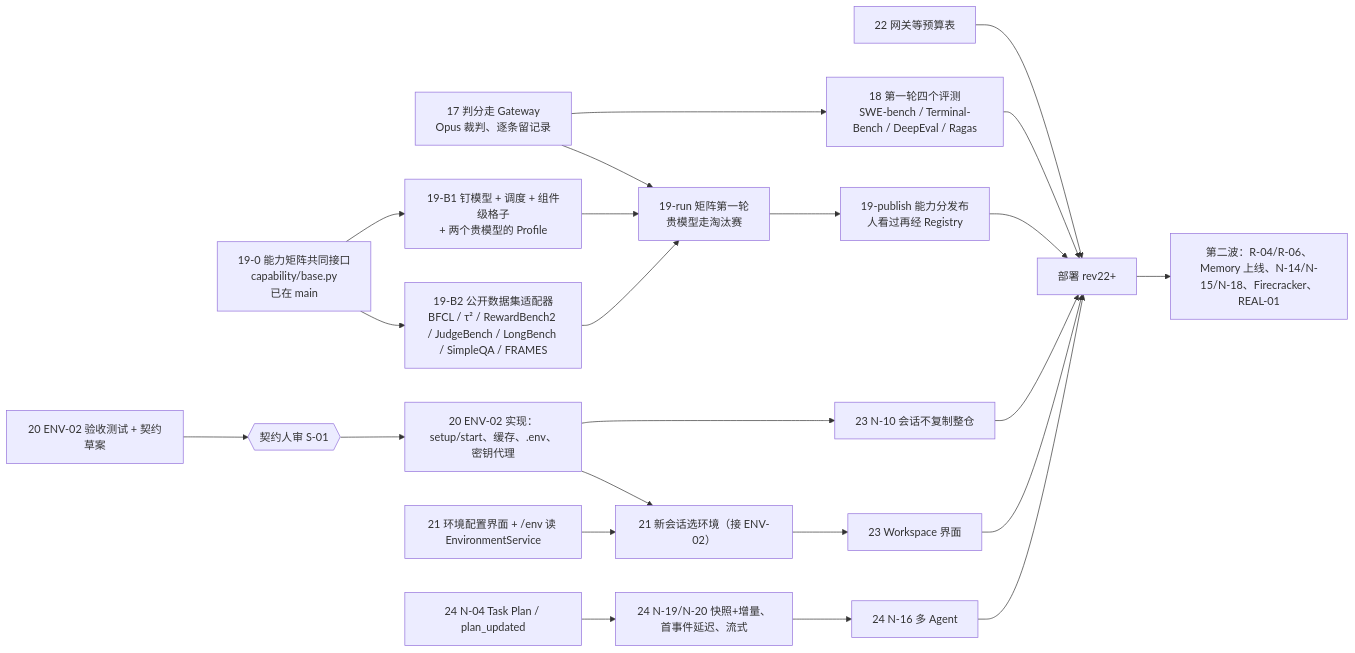
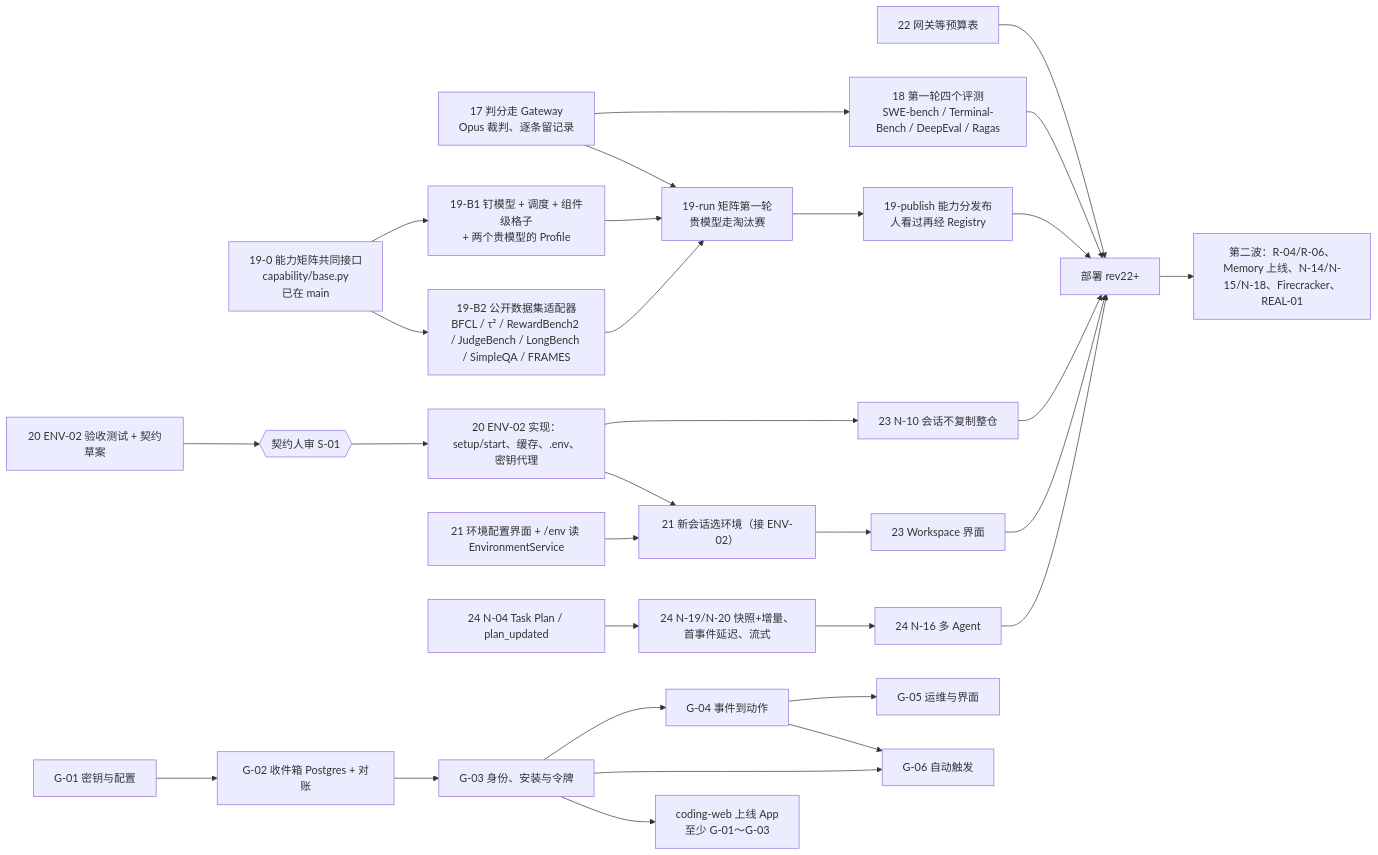
Before and after one commit to Hanwen-Jiang/agent-runtime: the diagram in docs/plan/work-dag-2026-11-03.md, drawn with Mermaid. The commit also changed other lines of this file, not shown here.

Commit message:
docs(work-dag): add the GitHub App lane G-01..G-06 and the eval decisions
G-01..G-06 live in coding-agent's docs/plan/github-app.md; the lane is not
assigned yet. Also notes that Memory goes live with LongMemEval_S for
retrieval (Ragas still scores, memory-rag stays as the smoke test) and that
the S-09..S-11 matrix cells wait on a human choice of adapted questions.

````diff
--- a/docs/plan/work-dag-2026-11-03.md
+++ b/docs/plan/work-dag-2026-11-03.md
@@ -22,35 +23,45 @@
 ```mermaid
 flowchart LR
   base[19-0 能力矩阵共同接口<br/>capability/base.py<br/>已在 main]
   t17[17 判分走 Gateway<br/>Opus 裁判、逐条留记录]
   t22[22 网关等预算表]
   t18[18 第一轮四个评测<br/>SWE-bench / Terminal-Bench / DeepEval / Ragas]
   b1[19-B1 钉模型 + 调度 + 组件级格子<br/>+ 两个贵模型的 Profile]
   b2[19-B2 公开数据集适配器<br/>BFCL / τ² / RewardBench2 / JudgeBench / LongBench / SimpleQA / FRAMES]
   b3[19-run 矩阵第一轮<br/>贵模型走淘汰赛]
   b4[19-publish 能力分发布<br/>人看过再经 Registry]
   c1[20 ENV-02 验收测试 + 契约草案]
   cr{{契约人审 S-01}}
   c2[20 ENV-02 实现：setup/start、缓存、.env、密钥代理]
   c3[23 N-10 会话不复制整仓]
   d1[21 环境配置界面 + /env 读 EnvironmentService]
   d2[21 新会话选环境（接 ENV-02）]
   d3[23 Workspace 界面]
   e1[24 N-04 Task Plan / plan_updated]
   e2[24 N-19/N-20 快照+增量、首事件延迟、流式]
   e3[24 N-16 多 Agent]
   dep[部署 rev22+]
   w2[第二波：R-04/R-06、Memory 上线、N-14/N-15/N-18、Firecracker、REAL-01]
+  g1[G-01 密钥与配置]
+  g2[G-02 收件箱 Postgres + 对账]
+  g3[G-03 身份、安装与令牌]
+  g4[G-04 事件到动作]
+  g5[G-05 运维与界面]
+  g6[G-06 自动触发]
+  gdep[coding-web 上线 App<br/>至少 G-01～G-03]
 
   base --> b1 & b2
   t17 --> t18
   t22 --> dep
   t17 --> b3
   b1 & b2 --> b3 --> b4 --> dep
   c1 --> cr --> c2 --> c3
   c2 --> d2
   d1 --> d2 --> d3
   e1 --> e2 --> e3
   t18 --> dep
   c3 & d3 & e3 --> dep --> w2
+  g1 --> g2 --> g3 --> g4 --> g5
+  g3 & g4 --> g6
+  g3 --> gdep
 ```
````
